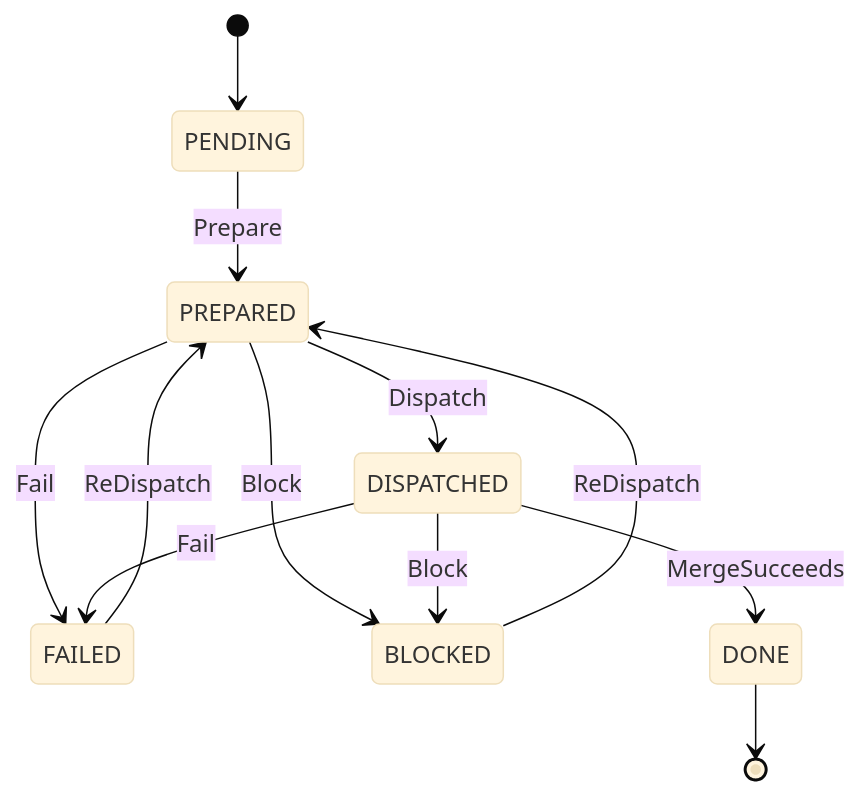
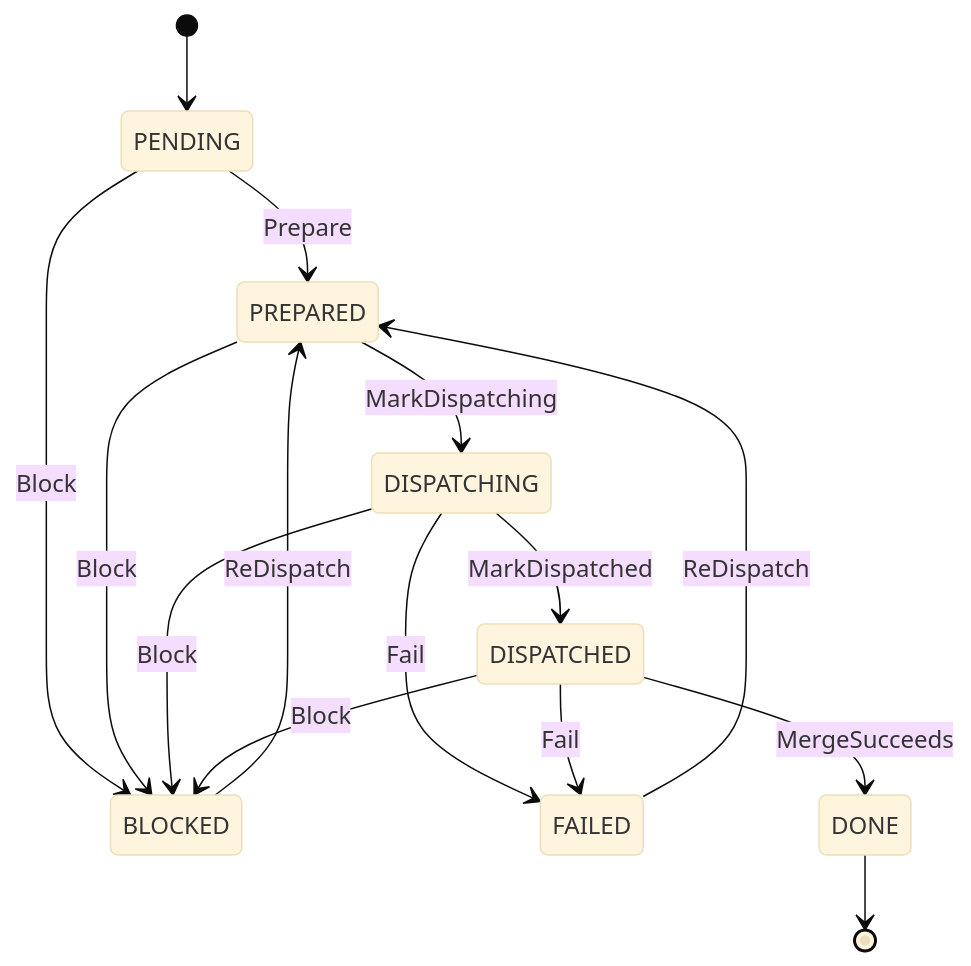
Before and after one commit to matthiasdaues/agent_factory: the diagram in docs/spec/supplementary_specs/mechanized-dispatch.md, drawn with Mermaid (base theme). The commit also changed other lines of this file and 4 other files, not shown here.

````diff
--- a/docs/spec/supplementary_specs/mechanized-dispatch.md
+++ b/docs/spec/supplementary_specs/mechanized-dispatch.md
@@ -88,14 +96,17 @@
 ```mermaid
 stateDiagram-v2
     [*] --> PENDING
     PENDING --> PREPARED : Prepare
-    PREPARED --> DISPATCHED : Dispatch
-    PREPARED --> FAILED : Fail
+    PENDING --> BLOCKED : Block
+    PREPARED --> DISPATCHING : MarkDispatching
     PREPARED --> BLOCKED : Block
+    DISPATCHING --> DISPATCHED : MarkDispatched
+    DISPATCHING --> FAILED : Fail
+    DISPATCHING --> BLOCKED : Block
     DISPATCHED --> DONE : MergeSucceeds
     DISPATCHED --> BLOCKED : Block
     DISPATCHED --> FAILED : Fail
     FAILED --> PREPARED : ReDispatch
     BLOCKED --> PREPARED : ReDispatch
     DONE --> [*]
 ```
````
